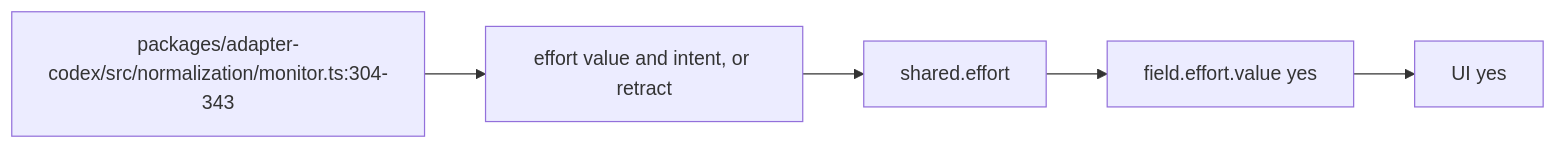
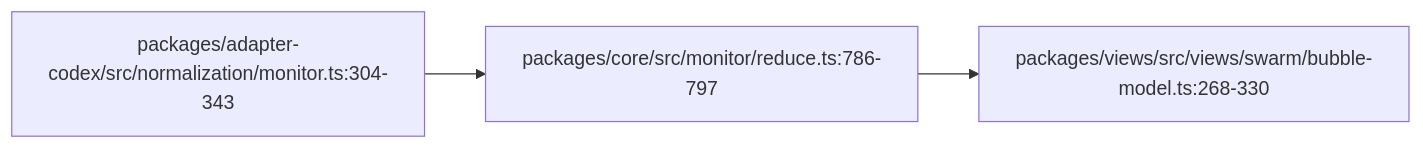
The diagram in audit/godview/evidence/codex/effort.value.mmd (vibefield/puppeteer), drawn with Mermaid before and after one commit. The commit also changed 1255 other files, not shown here.

```diff
--- a/audit/godview/evidence/codex/effort.value.mmd
+++ b/audit/godview/evidence/codex/effort.value.mmd
@@ -1,11 +1,9 @@
-%% graph_ref: shared.effort
-%% adapter: codex
-%% field: field.effort.value
-%% forensic: source-read at 748d015; not a live sample
+%% graph_ref: path.effort
+%% shared_map: 07e71c9bcb9532fc181e3f667f2d0ed2e7c9afaf
+%% forensic: source-read 748d015a7e393112e0a91dad80111fdf5abe6583; not a live sample
 flowchart LR
-  src["packages/adapter-codex/src/normalization/monitor.ts:304-343"]
-  raw["effort value and intent, or retract"]
-  shared["shared.effort"]
-  row["field.effort.value yes"]
-  ui["UI yes"]
-  src --> raw --> shared --> row --> ui
+  n0["packages/adapter-codex/src/normalization/monitor.ts:304-343"]
+  n1["packages/core/src/monitor/reduce.ts:786-797"]
+  n0 --> n1
+  n2["packages/views/src/views/swarm/bubble-model.ts:268-330"]
+  n1 --> n2
```
